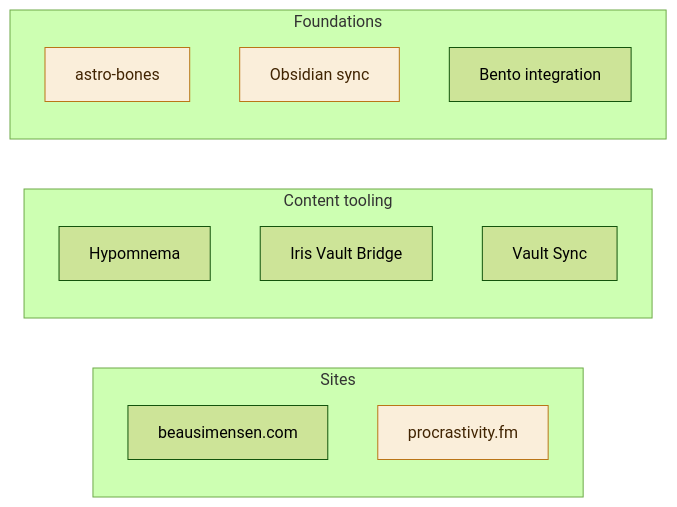
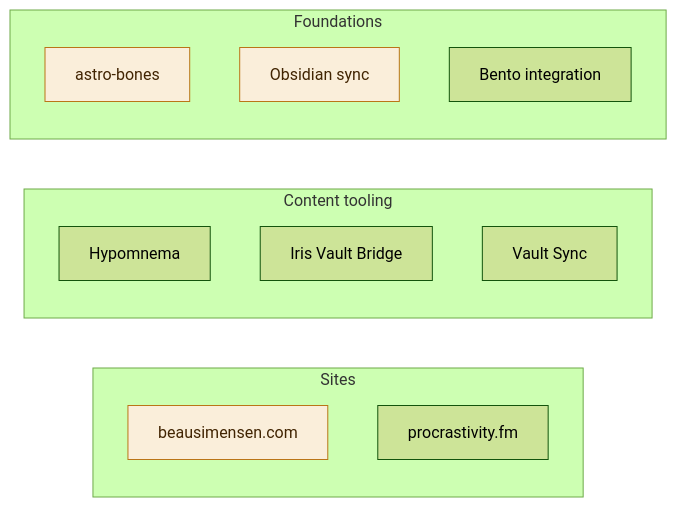
The diagram in pages/now.md (simensen/beausimensen-com-content), drawn with Mermaid (forest theme) before and after one commit.

Commit message:
sync 2026-05-26T15:43:23Z

````diff
--- a/pages/now.md
+++ b/pages/now.md
@@ -12,24 +12,24 @@
 ```mermaid
 flowchart LR
     subgraph Sites
         beausimensen[beausimensen.com]
         procrastivity[procrastivity.fm]
     end
 
     subgraph "Content tooling"
         hypomnema[Hypomnema]
         bridge[Iris Vault Bridge]
         vsync[Vault Sync]
     end
 
     subgraph Foundations
         bones[astro-bones]
         sync[Obsidian sync]
         bento[Bento integration]
     end
 
     classDef shipped fill:#EAF3DE,stroke:#639922,color:#173404
     classDef active fill:#FAEEDA,stroke:#BA7517,color:#412402
     class gethmn shipped
-    class procrastivity,bones,sync active
+    class beausimensen,bones,sync active
 ```
````
